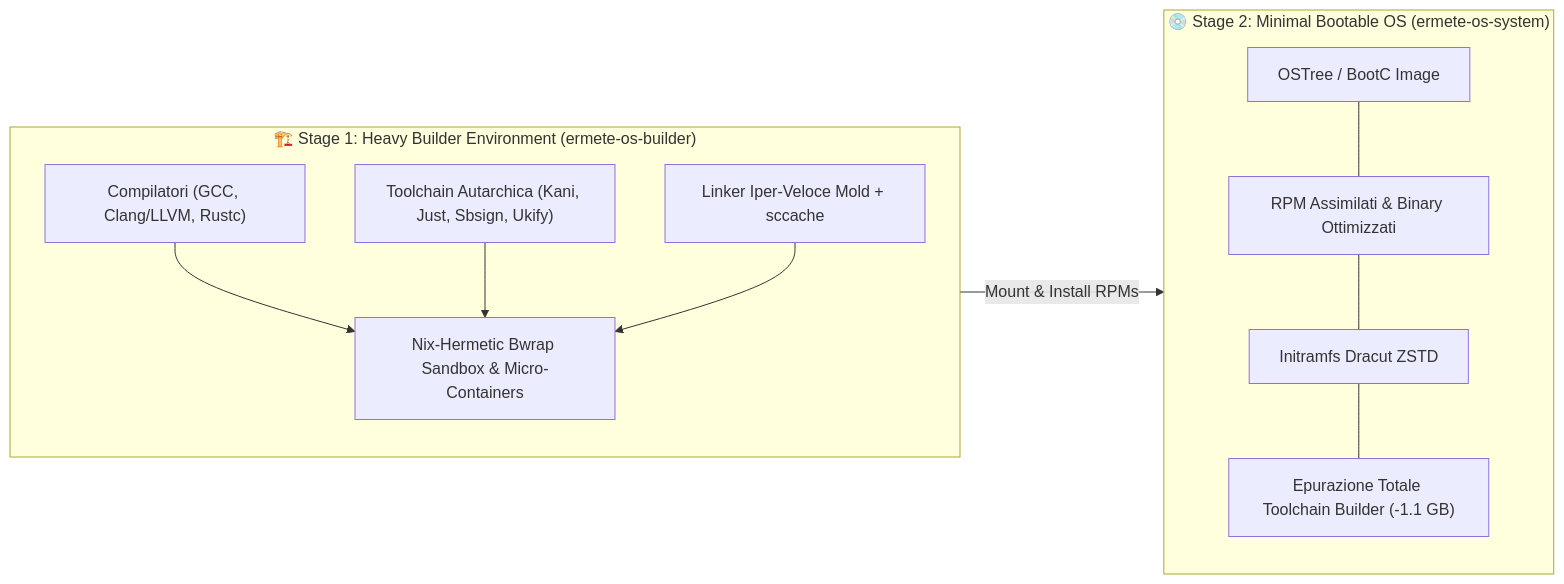
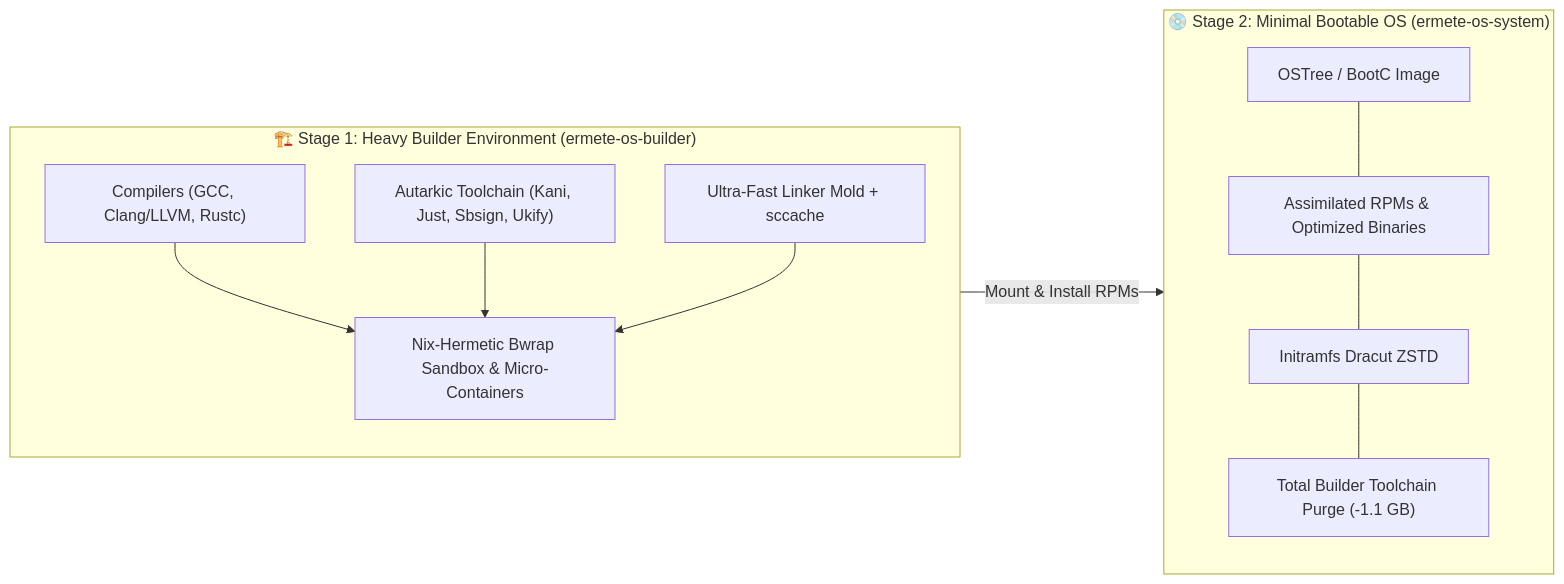
One commit to hr-mes/ermete-os changed the second of 3 diagrams in README.md. Above: the diagram before and after it, drawn with Mermaid. The commit also changed other lines of this file, not shown here.

````diff
--- a/README.md
+++ b/README.md
@@ -218,24 +218,24 @@
 ```mermaid
 flowchart LR
     subgraph Stage1 ["🏗️ Stage 1: Heavy Builder Environment (ermete-os-builder)"]
         direction TB
-        B1["Compilatori (GCC, Clang/LLVM, Rustc)"]
-        B2["Toolchain Autarchica (Kani, Just, Sbsign, Ukify)"]
-        B3["Linker Iper-Veloce Mold + sccache"]
+        B1["Compilers (GCC, Clang/LLVM, Rustc)"]
+        B2["Autarkic Toolchain (Kani, Just, Sbsign, Ukify)"]
+        B3["Ultra-Fast Linker Mold + sccache"]
         B4["Nix-Hermetic Bwrap Sandbox & Micro-Containers"]
         B1 --> B4
         B2 --> B4
         B3 --> B4
     end
 
     subgraph Stage2 ["💿 Stage 2: Minimal Bootable OS (ermete-os-system)"]
         direction TB
         S1["OSTree / BootC Image"]
-        S2["RPM Assimilati & Binary Ottimizzati"]
+        S2["Assimilated RPMs & Optimized Binaries"]
         S3["Initramfs Dracut ZSTD"]
-        S4["Epurazione Totale Toolchain Builder (-1.1 GB)"]
+        S4["Total Builder Toolchain Purge (-1.1 GB)"]
         S1 --- S2 --- S3 --- S4
     end
 
     Stage1 -->|Mount & Install RPMs| Stage2
 ```
````
